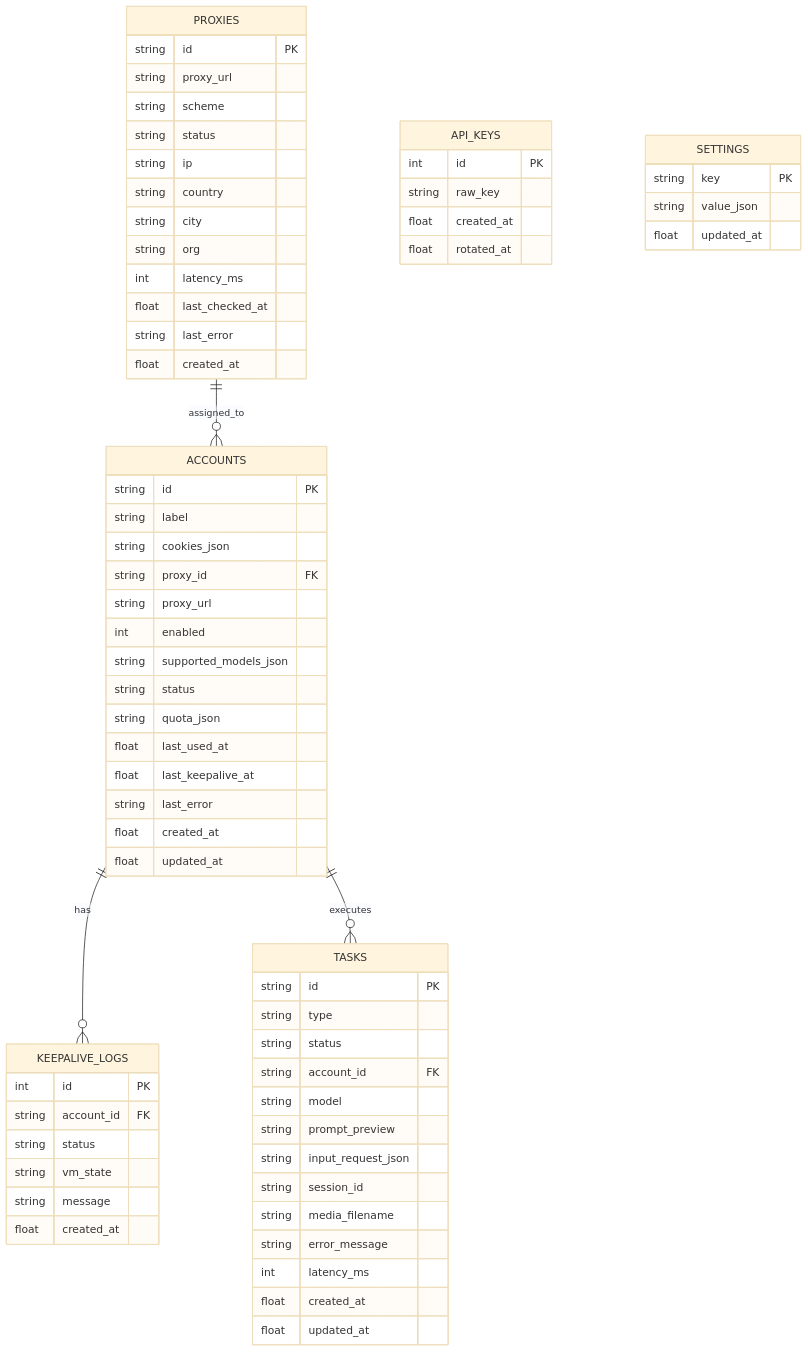
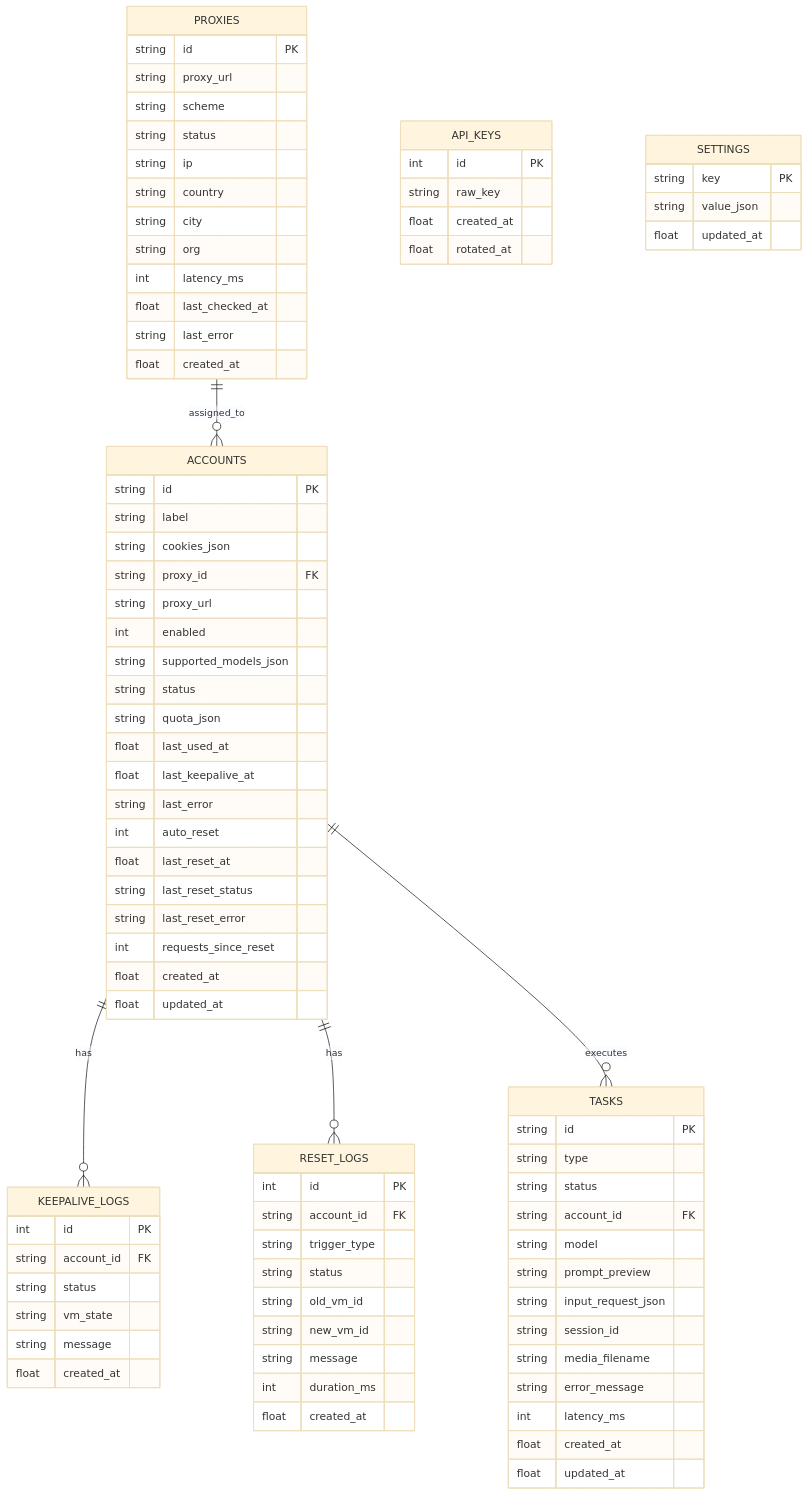
Before and after one commit to nguyenduclong-ict/muse2api: the diagram in docs/02_basic_design/02_database/erd.md, drawn with Mermaid (base theme). The commit also changed other lines of this file and 90 other files, not shown here.

````diff
--- a/docs/02_basic_design/02_database/erd.md
+++ b/docs/02_basic_design/02_database/erd.md
@@ -32,6 +32,11 @@
         float last_used_at
         float last_keepalive_at
         string last_error
+        int auto_reset
+        float last_reset_at
+        string last_reset_status
+        string last_reset_error
+        int requests_since_reset
         float created_at
         float updated_at
     }
@@ -42,6 +47,18 @@
         string status
         string vm_state
         string message
+        float created_at
+    }
+
+    RESET_LOGS {
+        int id PK
+        string account_id FK
+        string trigger_type
+        string status
+        string old_vm_id
+        string new_vm_id
+        string message
+        int duration_ms
         float created_at
     }
 
@@ -76,5 +93,6 @@
 
     PROXIES ||--o{ ACCOUNTS : "assigned_to"
     ACCOUNTS ||--o{ KEEPALIVE_LOGS : "has"
+    ACCOUNTS ||--o{ RESET_LOGS : "has"
     ACCOUNTS ||--o{ TASKS : "executes"
 ```
````
